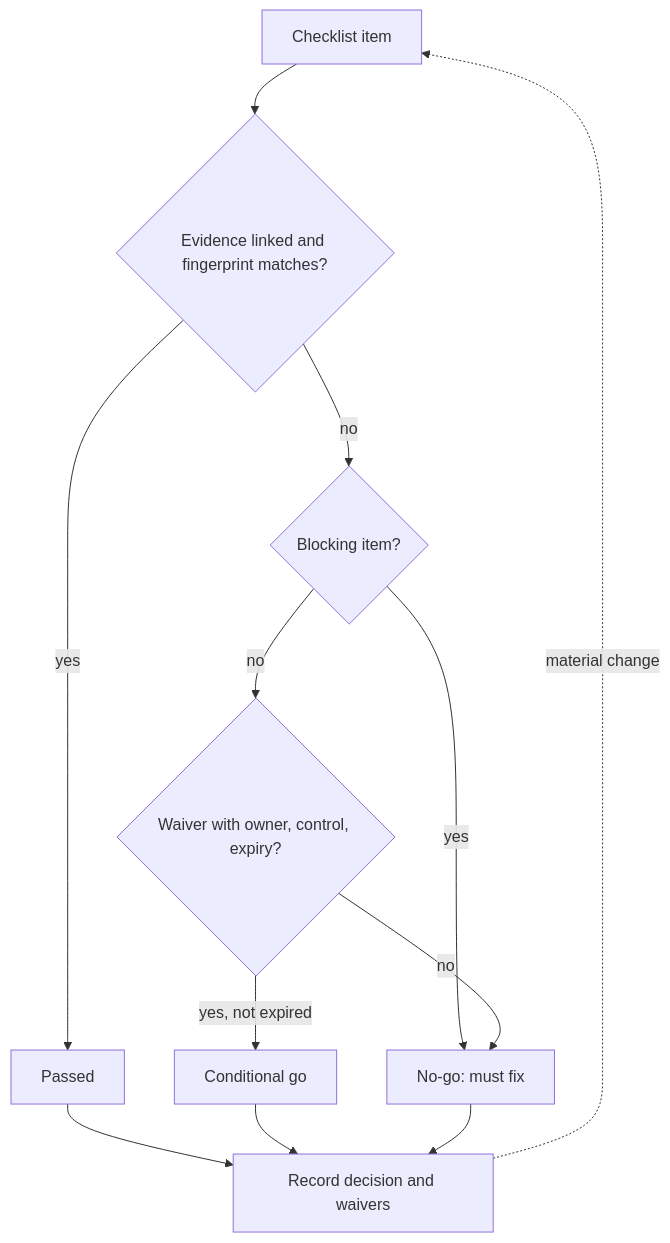
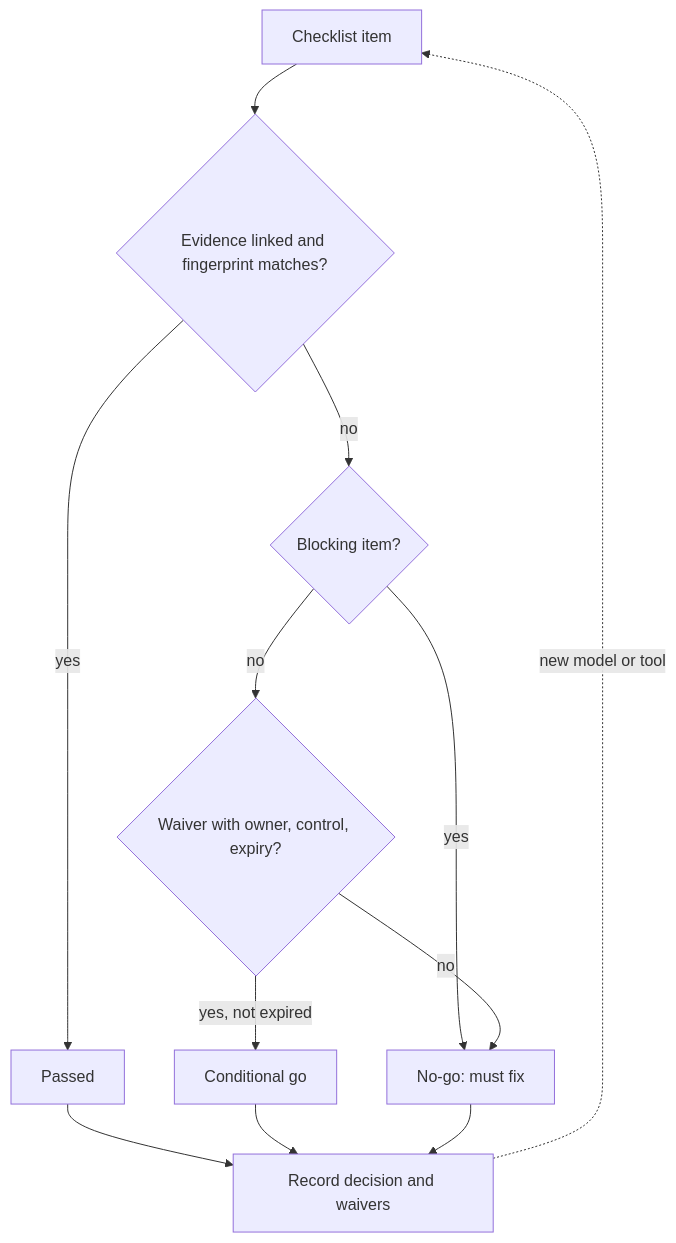
One commit to lovishmahajan97/agentic-learning changed the diagram in content/deployment/deployment-readiness-reviews.md. Above: the diagram before and after it, drawn with Mermaid. The commit also changed other lines of this file and 485 other files, not shown here.

````diff
--- a/content/deployment/deployment-readiness-reviews.md
+++ b/content/deployment/deployment-readiness-reviews.md
@@ -95,14 +111,14 @@
 ```mermaid
 flowchart TD
     I["Checklist item"] --> E{"Evidence linked and fingerprint matches?"}
     E -->|"yes"| P["Passed"]
     E -->|"no"| B{"Blocking item?"}
     B -->|"yes"| NG["No-go: must fix"]
     B -->|"no"| W{"Waiver with owner, control, expiry?"}
     W -->|"yes, not expired"| CG["Conditional go"]
     W -->|"no"| NG
     P --> D["Record decision and waivers"]
     CG --> D
     NG --> D
-    D -.->|"material change"| I
+    D -.->|"new model or tool"| I
 ```
````
